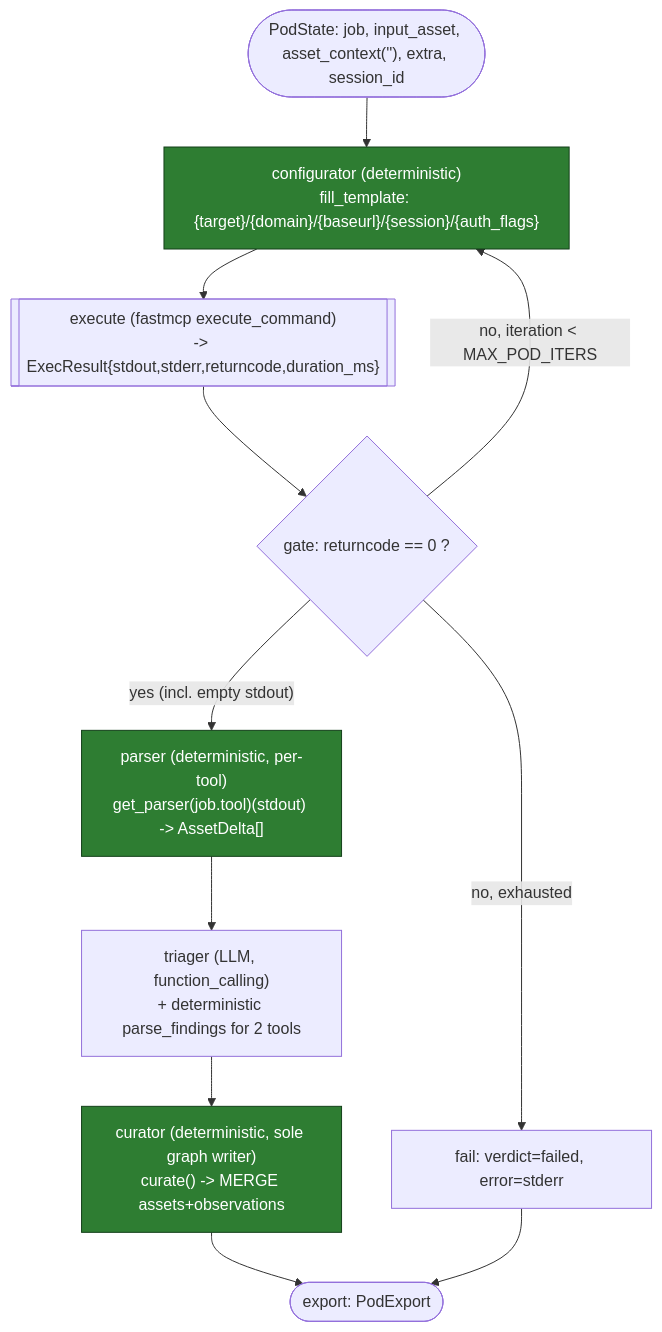
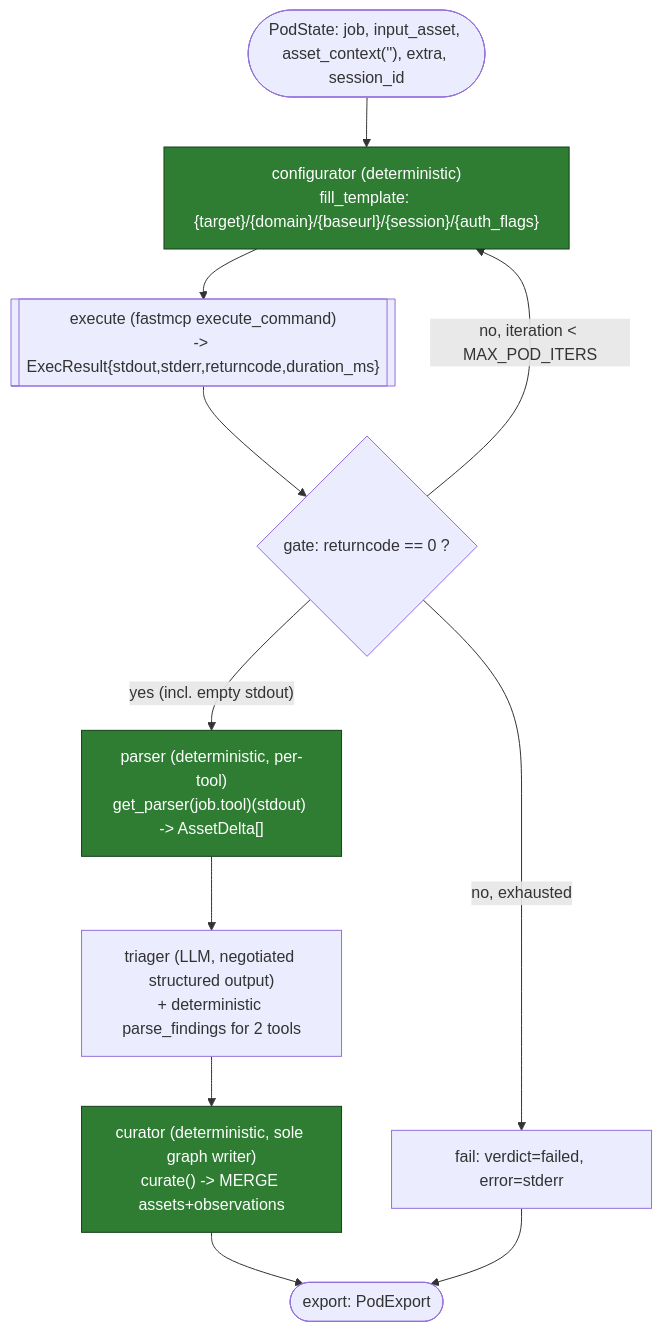
One commit to Diekgbbtt/polyphemus changed the second of 7 diagrams in docs/design/recon-pipeline-design.md. Above: the diagram before and after it, drawn with Mermaid. The commit also changed other lines of this file and 5 other files, not shown here.

````diff
--- a/docs/design/recon-pipeline-design.md
+++ b/docs/design/recon-pipeline-design.md
@@ -88,15 +91,15 @@
 ```mermaid
 flowchart TD
     IN(["PodState: job, input_asset, asset_context(''), extra, session_id"]) --> CFG
     CFG["configurator (deterministic)<br/>fill_template: {target}/{domain}/{baseurl}/{session}/{auth_flags}"] --> EXE
     EXE[["execute (fastmcp execute_command)<br/>-&gt; ExecResult{stdout,stderr,returncode,duration_ms}"]] --> GATE{"gate: returncode == 0 ?"}
     GATE -->|"yes (incl. empty stdout)"| PAR
     GATE -->|"no, iteration < MAX_POD_ITERS"| CFG
     GATE -->|"no, exhausted"| FAIL["fail: verdict=failed, error=stderr"]
     PAR["parser (deterministic, per-tool)<br/>get_parser(job.tool)(stdout) -&gt; AssetDelta[]"] --> TRI
-    TRI["triager (LLM, function_calling)<br/>+ deterministic parse_findings for 2 tools"] --> CUR
+    TRI["triager (LLM, negotiated structured output)<br/>+ deterministic parse_findings for 2 tools"] --> CUR
     CUR["curator (deterministic, sole graph writer)<br/>curate() -&gt; MERGE assets+observations"] --> OUT([export: PodExport])
     FAIL --> OUT
     classDef det fill:#2e7d32,stroke:#14401a,color:#fff;
     class CFG,PAR,CUR det;
 ```
````
